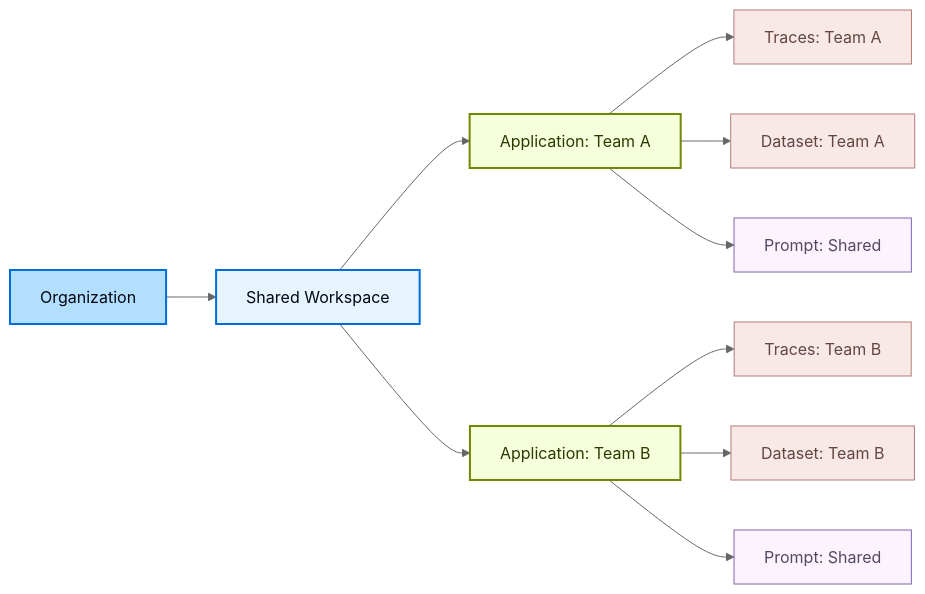
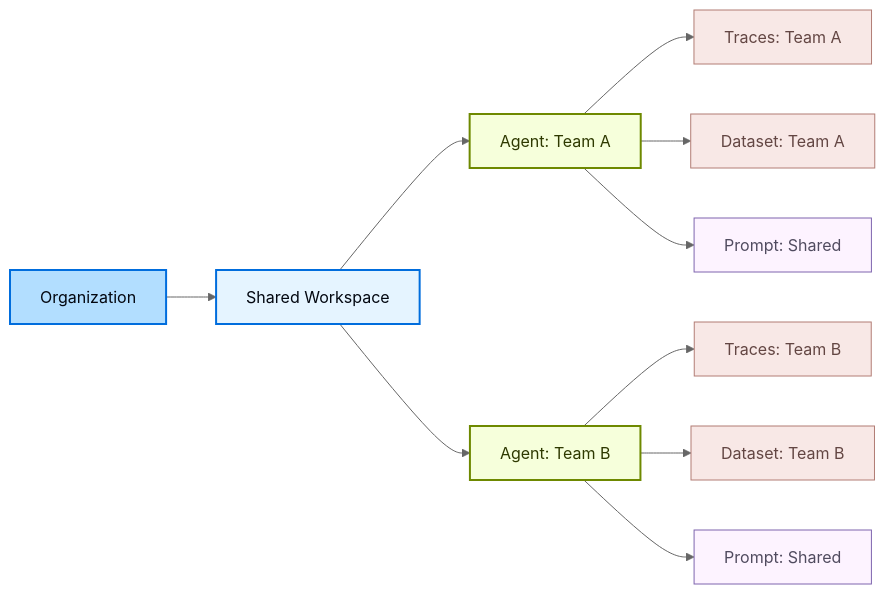
The second of 3 diagrams in src/langsmith/workload-isolation.mdx (langchain-ai/docs), drawn with Mermaid (neutral theme) before and after one commit. The commit also changed other lines of this file and 43 other files, not shown here.

````diff
--- a/src/langsmith/workload-isolation.mdx
+++ b/src/langsmith/workload-isolation.mdx
@@ -78,42 +82,42 @@
 ```mermaid actions={false}
 graph LR
     Org[Organization]
 
     WS[Shared Workspace]
 
-    AppA[Application: Team A]
-    AppB[Application: Team B]
+    AgentA[Agent: Team A]
+    AgentB[Agent: Team B]
 
     TracesA[Traces: Team A]
     DatasetA[Dataset: Team A]
     PromptA[Prompt: Shared]
 
     TracesB[Traces: Team B]
     DatasetB[Dataset: Team B]
     PromptB[Prompt: Shared]
 
     Org --> WS
 
-    WS --> AppA
-    WS --> AppB
+    WS --> AgentA
+    WS --> AgentB
 
-    AppA --> TracesA
-    AppA --> DatasetA
-    AppA --> PromptA
+    AgentA --> TracesA
+    AgentA --> DatasetA
+    AgentA --> PromptA
 
-    AppB --> TracesB
-    AppB --> DatasetB
-    AppB --> PromptB
+    AgentB --> TracesB
+    AgentB --> DatasetB
+    AgentB --> PromptB
 
     classDef orgStyle fill:#B2DEFF,stroke:#006DDD,stroke-width:2px,color:#030710
     classDef wsStyle fill:#E5F4FF,stroke:#006DDD,stroke-width:2px,color:#030710
     classDef appStyle fill:#F6FFDB,stroke:#6E8900,stroke-width:2px,color:#2E3900
     classDef restrictedStyle fill:#F8E8E6,stroke:#B27D75,stroke-width:1px,color:#634643
     classDef sharedStyle fill:#FDF3FF,stroke:#7E65AE,stroke-width:1px,color:#504B5F
 
     class Org orgStyle
     class WS wsStyle
-    class AppA,AppB appStyle
+    class AgentA,AgentB appStyle
     class TracesA,DatasetA,TracesB,DatasetB restrictedStyle
     class PromptA,PromptB sharedStyle
 ```
````
